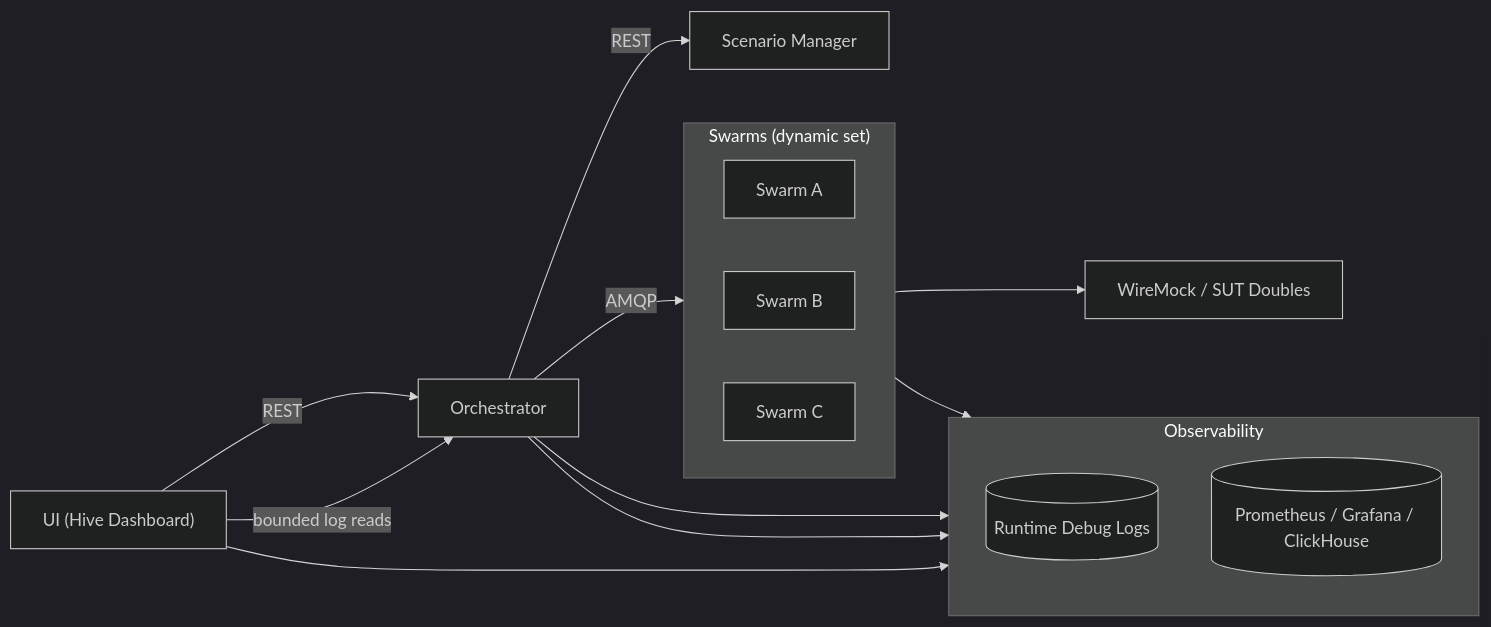
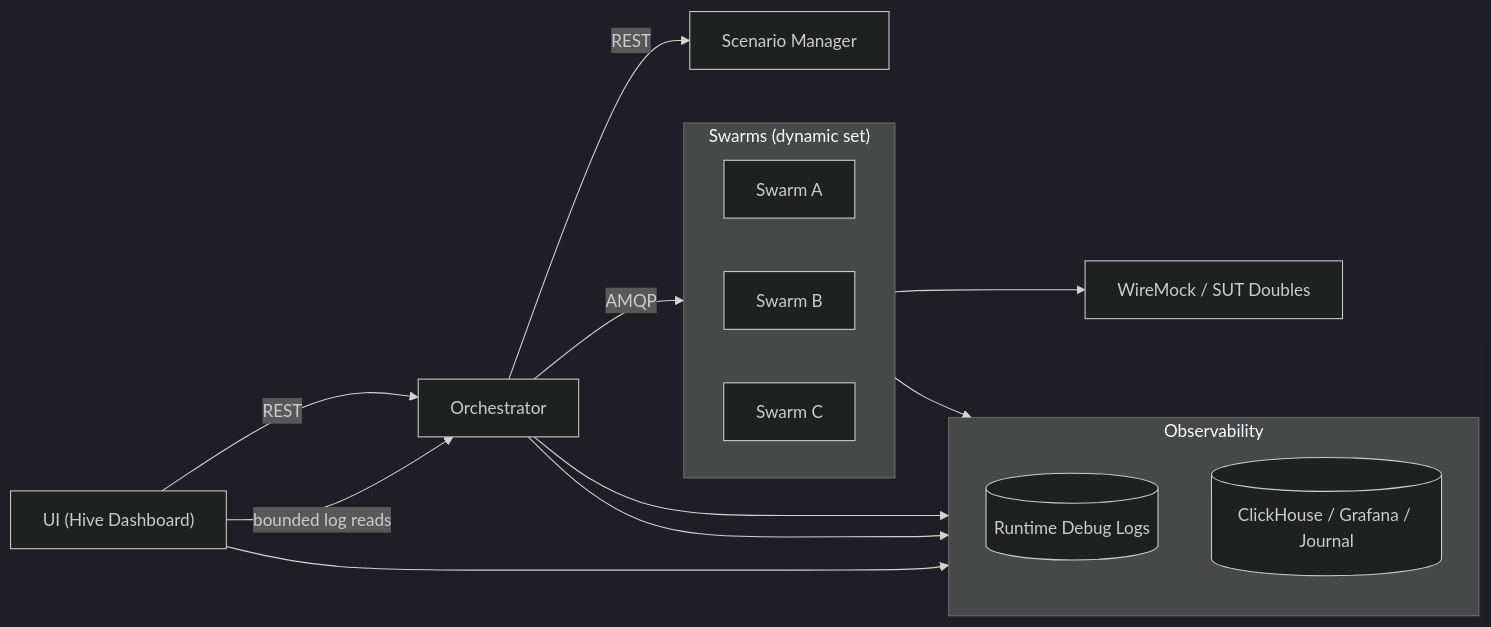
Before and after one commit to sepa79/PocketHive: the third of 3 diagrams in README.md, drawn with Mermaid (dark theme). The commit also changed other lines of this file and 81 other files, not shown here.

````diff
--- a/README.md
+++ b/README.md
@@ -136,34 +136,34 @@
 ```mermaid
 flowchart LR
   %% Left-to-right layout with UI on the far left
   UI["UI (Hive Dashboard)"]
   ORCH[Orchestrator]
   SCEN[Scenario Manager]
   WM[WireMock / SUT Doubles]
 
   subgraph SWARMS["Swarms (dynamic set)"]
     direction LR
     SA[Swarm A]
     SB[Swarm B]
     SC[Swarm C]
   end
 
   %% Observability cluster to the far right
   subgraph OBSV["Observability"]
     direction TB
     LOGS[(Runtime Debug Logs)]
-    OBS[(Prometheus / Grafana / ClickHouse)]
+    OBS[(ClickHouse / Grafana / Journal)]
   end
 
   %% Core flow
   UI -- REST --> ORCH -- AMQP --> SWARMS
   ORCH -- REST --> SCEN
   SWARMS --> WM
 
   %% Telemetry
   UI -- bounded log reads --> ORCH
   ORCH --> LOGS
   SWARMS --> OBS
   ORCH --> OBS
   UI --> OBS
 ```
````
